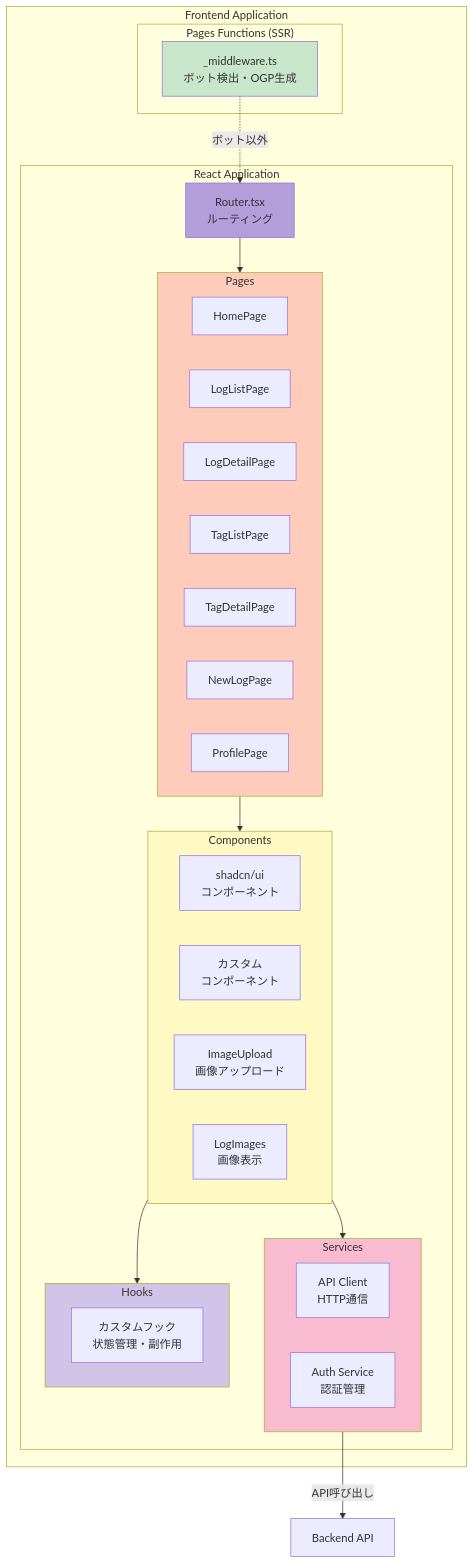
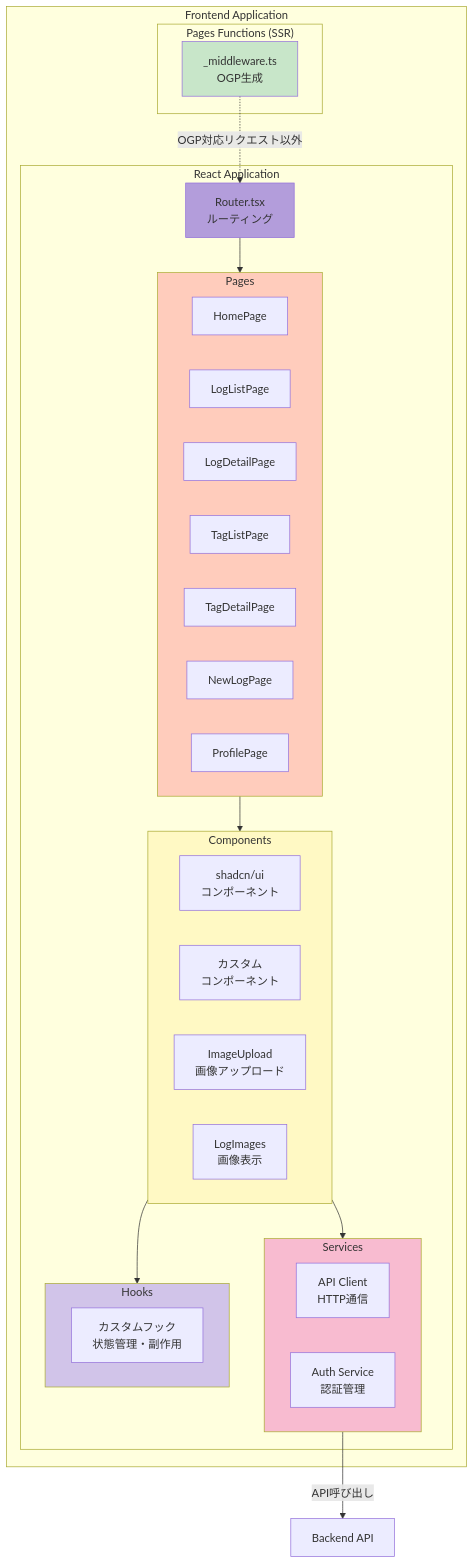
The second of 8 diagrams in docs/architecture.md (7474/shumilog), drawn with Mermaid before and after one commit. The commit also changed other lines of this file and 2 other files, not shown here.

Commit message:
Fix ボット判断は嘘

````diff
--- a/docs/architecture.md
+++ b/docs/architecture.md
@@ -96,52 +96,52 @@
 ```mermaid
 graph TB
     subgraph "Frontend Application"
         subgraph "Pages Functions (SSR)"
-            Middleware[_middleware.ts<br/>ボット検出・OGP生成]
+            Middleware[_middleware.ts<br/>OGP生成]
         end
         
         subgraph "React Application"
             Router[Router.tsx<br/>ルーティング]
             
             subgraph "Pages"
                 Home[HomePage]
                 LogList[LogListPage]
                 LogDetail[LogDetailPage]
                 TagList[TagListPage]
                 TagDetail[TagDetailPage]
                 NewLog[NewLogPage]
                 Profile[ProfilePage]
             end
             
             subgraph "Components"
                 UIComponents[shadcn/ui<br/>コンポーネント]
                 CustomComponents[カスタム<br/>コンポーネント]
                 ImageUpload[ImageUpload<br/>画像アップロード]
                 LogImages[LogImages<br/>画像表示]
             end
             
             subgraph "Services"
                 APIClient[API Client<br/>HTTP通信]
                 AuthService[Auth Service<br/>認証管理]
             end
             
             subgraph "Hooks"
                 CustomHooks[カスタムフック<br/>状態管理・副作用]
             end
         end
     end
     
-    Middleware -.->|ボット以外| Router
+    Middleware -.->|OGP対応リクエスト以外| Router
     Router --> Pages
     Pages --> Components
     Components --> Services
     Components --> Hooks
     Services -->|API呼び出し| BackendAPI[Backend API]
     
     style Middleware fill:#c8e6c9
     style Router fill:#b39ddb
     style Pages fill:#ffccbc
     style Components fill:#fff9c4
     style Services fill:#f8bbd0
     style Hooks fill:#d1c4e9
 ```
````
